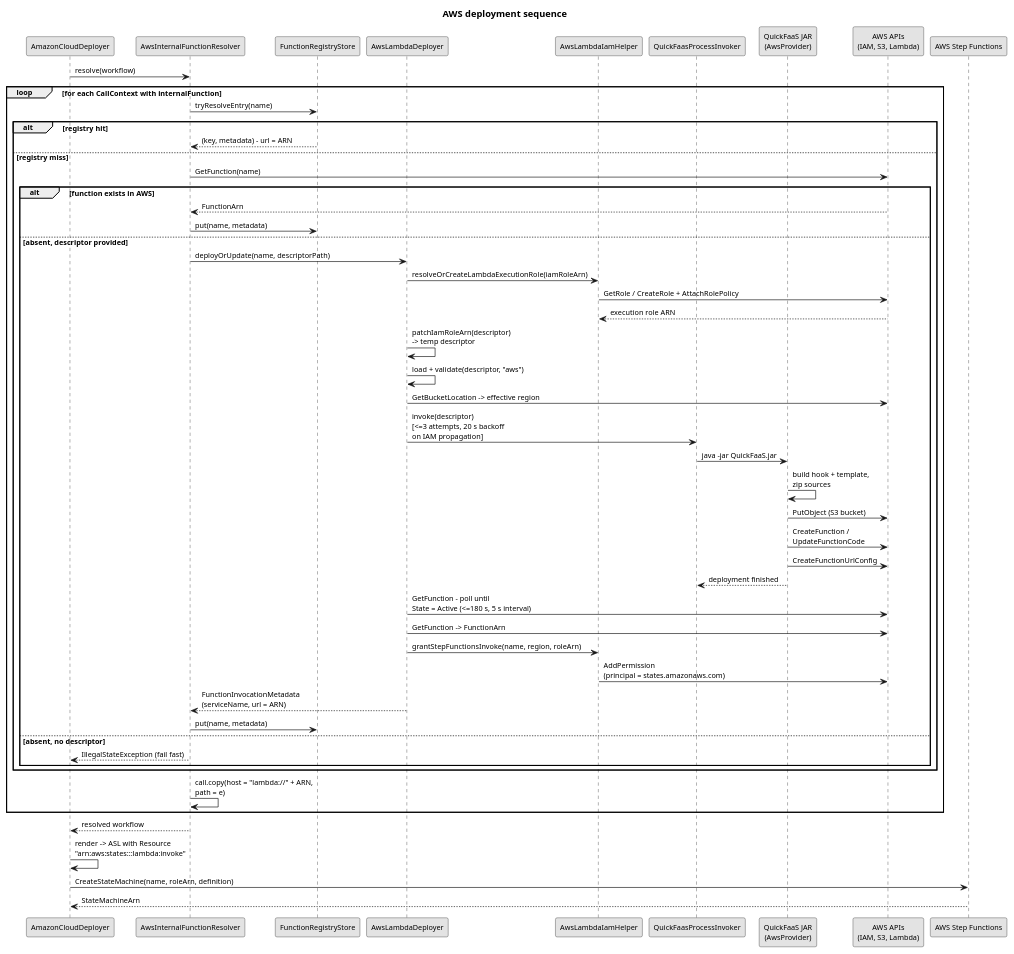
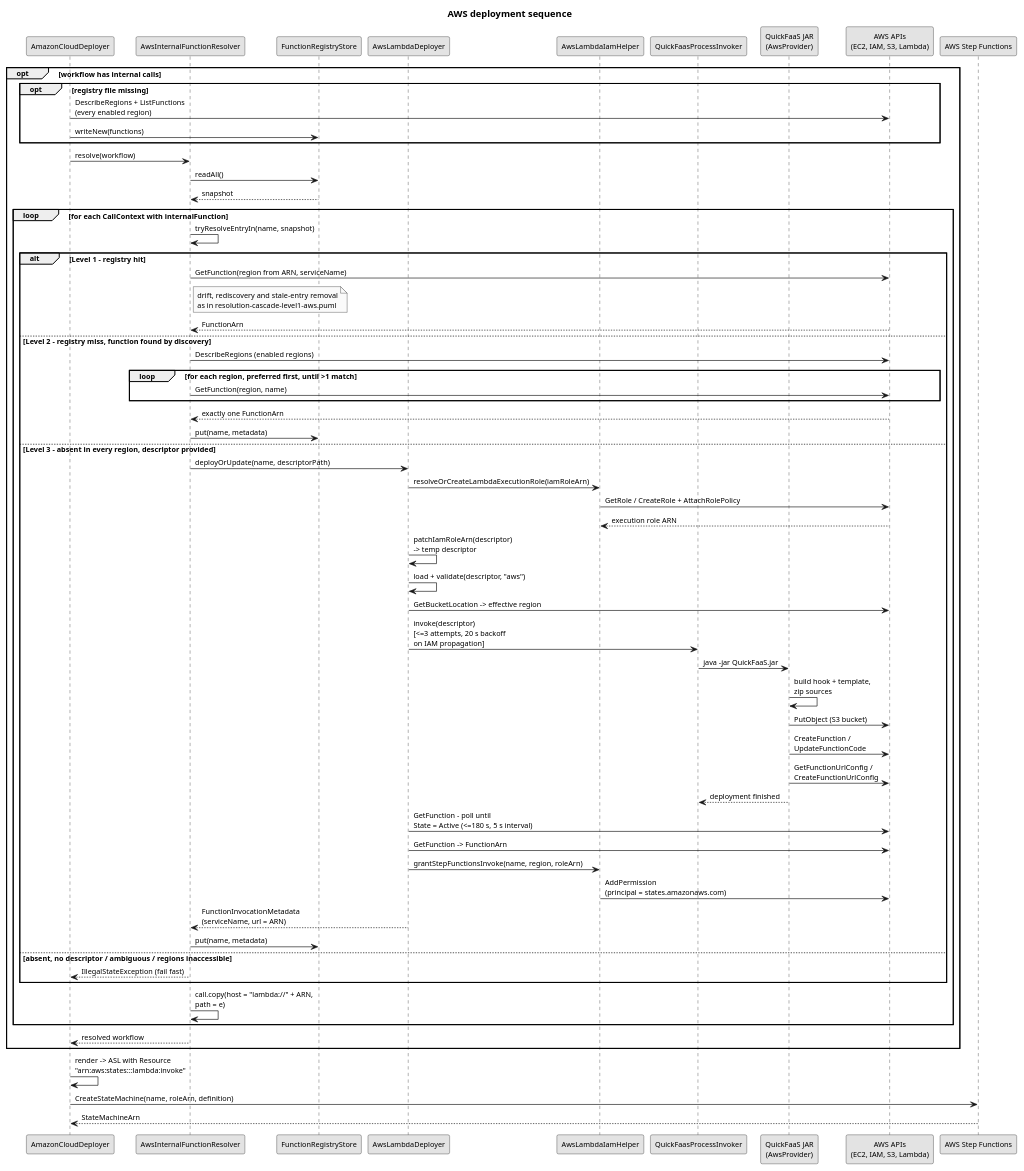
The diagram in diagrams/aws-deploy-sequence.puml (EngenheiroPedroCarvalho/ISEL-Thesis-2526), drawn with PlantUML before and after one commit. The commit also changed 22 other files, not shown here.

First line of the commit message:
Bring the diagrams in line with the code

```diff
--- a/diagrams/aws-deploy-sequence.puml
+++ b/diagrams/aws-deploy-sequence.puml
@@ -1,58 +1,72 @@
 @startuml aws-deploy-sequence
 skinparam monochrome true
 skinparam shadowing false
 skinparam defaultFontSize 11
 title AWS deployment sequence
 
 participant "AmazonCloudDeployer" as ACD
 participant "AwsInternalFunctionResolver" as R
 participant "FunctionRegistryStore" as REG
 participant "AwsLambdaDeployer" as ALD
 participant "AwsLambdaIamHelper" as IAM
 participant "QuickFaasProcessInvoker" as PI
 participant "QuickFaaS JAR\n(AwsProvider)" as QF
-participant "AWS APIs\n(IAM, S3, Lambda)" as AWS
+participant "AWS APIs\n(EC2, IAM, S3, Lambda)" as AWS
 participant "AWS Step Functions" as SFN
 
-ACD -> R : resolve(workflow)
-loop for each CallContext with internalFunction
-  R -> REG : tryResolveEntry(name)
-  alt registry hit
-    REG --> R : (key, metadata) - url = ARN
-  else registry miss
-    R -> AWS : GetFunction(name)
-    alt function exists in AWS
+opt workflow has internal calls
+  opt registry file missing
+    ACD -> AWS : DescribeRegions + ListFunctions\n(every enabled region)
+    ACD -> REG : writeNew(functions)
+  end
+  ACD -> R : resolve(workflow)
+  R -> REG : readAll()
+  REG --> R : snapshot
+  loop for each CallContext with internalFunction
+    R -> R : tryResolveEntryIn(name, snapshot)
+    alt Level 1 - registry hit
+      R -> AWS : GetFunction(region from ARN, serviceName)
+      note right of R
+        drift, rediscovery and stale-entry removal
+        as in resolution-cascade-level1-aws.puml
+      end note
       AWS --> R : FunctionArn
+    else Level 2 - registry miss, function found by discovery
+      R -> AWS : DescribeRegions (enabled regions)
+      loop for each region, preferred first, until >1 match
+        R -> AWS : GetFunction(region, name)
+      end
+      AWS --> R : exactly one FunctionArn
       R -> REG : put(name, metadata)
-    else absent, descriptor provided
+    else Level 3 - absent in every region, descriptor provided
       R -> ALD : deployOrUpdate(name, descriptorPath)
       ALD -> IAM : resolveOrCreateLambdaExecutionRole(iamRoleArn)
       IAM -> AWS : GetRole / CreateRole + AttachRolePolicy
       AWS --> IAM : execution role ARN
       ALD -> ALD : patchIamRoleArn(descriptor)\n-> temp descriptor
       ALD -> ALD : load + validate(descriptor, "aws")
       ALD -> AWS : GetBucketLocation -> effective region
       ALD -> PI : invoke(descriptor)\n[<=3 attempts, 20 s backoff\non IAM propagation]
       PI -> QF : java -jar QuickFaaS.jar
       QF -> QF : build hook + template,\nzip sources
       QF -> AWS : PutObject (S3 bucket)
       QF -> AWS : CreateFunction /\nUpdateFunctionCode
-      QF -> AWS : CreateFunctionUrlConfig
+      QF -> AWS : GetFunctionUrlConfig /\nCreateFunctionUrlConfig
       QF --> PI : deployment finished
       ALD -> AWS : GetFunction - poll until\nState = Active (<=180 s, 5 s interval)
       ALD -> AWS : GetFunction -> FunctionArn
       ALD -> IAM : grantStepFunctionsInvoke(name, region, roleArn)
       IAM -> AWS : AddPermission\n(principal = states.amazonaws.com)
       ALD --> R : FunctionInvocationMetadata\n(serviceName, url = ARN)
       R -> REG : put(name, metadata)
-    else absent, no descriptor
+    else absent, no descriptor / ambiguous / regions inaccessible
       R --> ACD : IllegalStateException (fail fast)
     end
+    R -> R : call.copy(host = "lambda://" + ARN,\npath = e)
   end
-  R -> R : call.copy(host = "lambda://" + ARN,\npath = e)
+  R --> ACD : resolved workflow
 end
-R --> ACD : resolved workflow
 ACD -> ACD : render -> ASL with Resource\n"arn:aws:states:::lambda:invoke"
 ACD -> SFN : CreateStateMachine(name, roleArn, definition)
 SFN --> ACD : StateMachineArn
 @enduml
```
